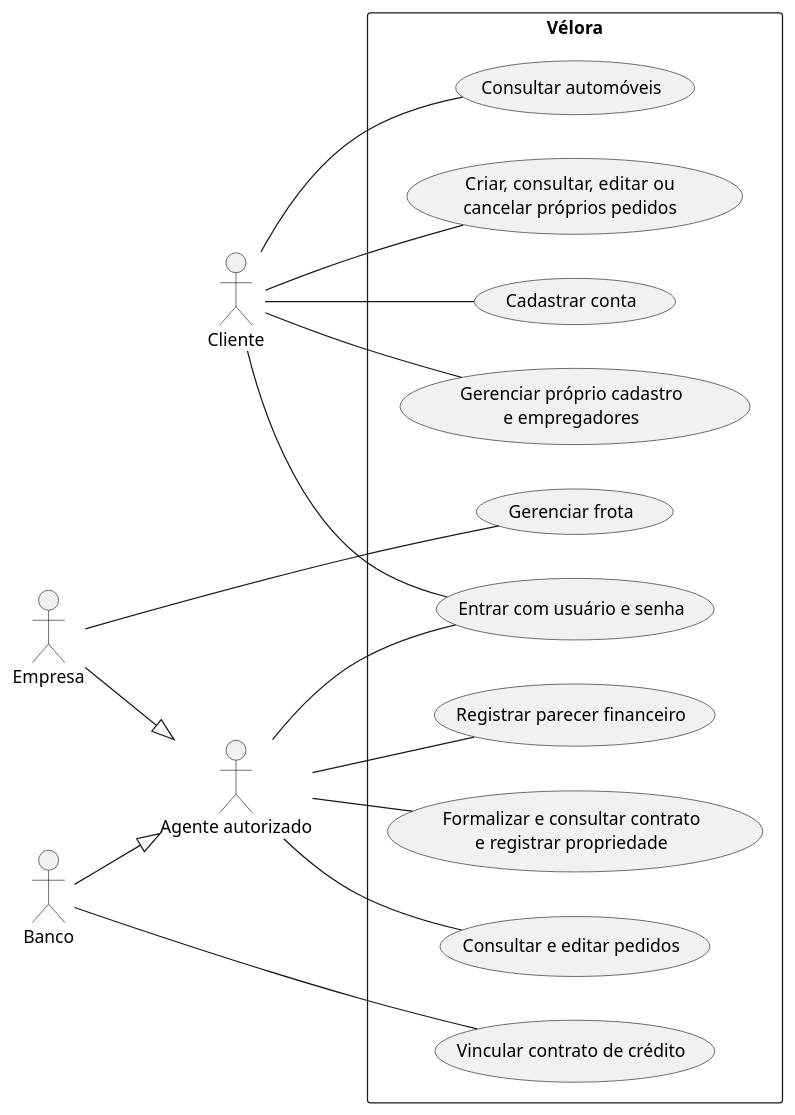
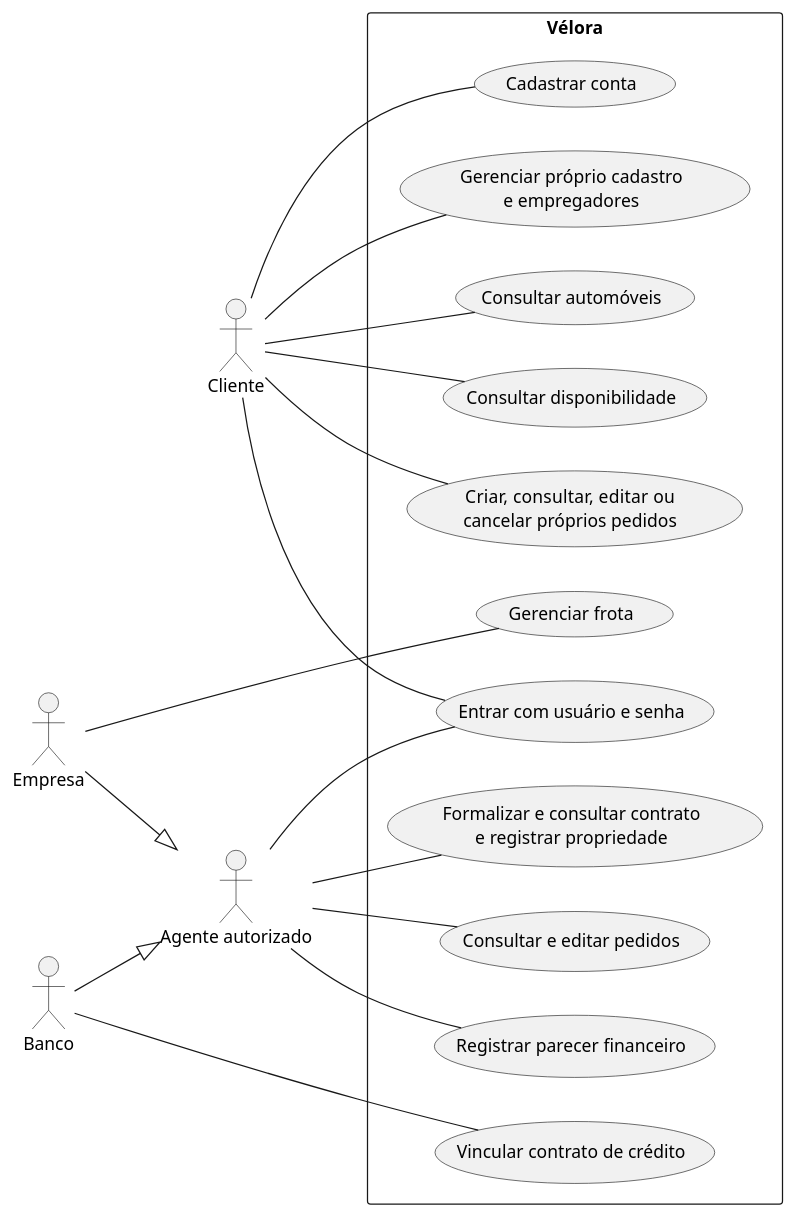
The diagram in documentacao/uml/casos-de-uso.puml (MayraSantos06/sistema-aluguel-carros), drawn with PlantUML before and after one commit. The commit also changed 15 other files, not shown here.

```diff
--- a/documentacao/uml/casos-de-uso.puml
+++ b/documentacao/uml/casos-de-uso.puml
@@ -1,32 +1,34 @@
 @startuml
 left to right direction
 actor Cliente
 actor Empresa
 actor Banco
 actor "Agente autorizado" as Agente
 Empresa --|> Agente
 Banco --|> Agente
 rectangle "Vélora" {
   usecase "Cadastrar conta" as Cadastro
   usecase "Entrar com usuário e senha" as Login
   usecase "Gerenciar próprio cadastro\ne empregadores" as Perfil
   usecase "Consultar automóveis" as Catalogo
+  usecase "Consultar disponibilidade" as Disponibilidade
   usecase "Gerenciar frota" as Frota
   usecase "Criar, consultar, editar ou\ncancelar próprios pedidos" as Pedidos
   usecase "Consultar e editar pedidos" as Gestao
   usecase "Registrar parecer financeiro" as Avaliacao
   usecase "Formalizar e consultar contrato\ne registrar propriedade" as Contrato
   usecase "Vincular contrato de crédito" as Credito
 }
 Cliente -- Cadastro
 Cliente -- Login
 Cliente -- Perfil
 Cliente -- Catalogo
+Cliente -- Disponibilidade
 Cliente -- Pedidos
 Empresa -- Frota
 Agente -- Login
 Agente -- Gestao
 Agente -- Avaliacao
 Agente -- Contrato
 Banco -- Credito
 @enduml
```
